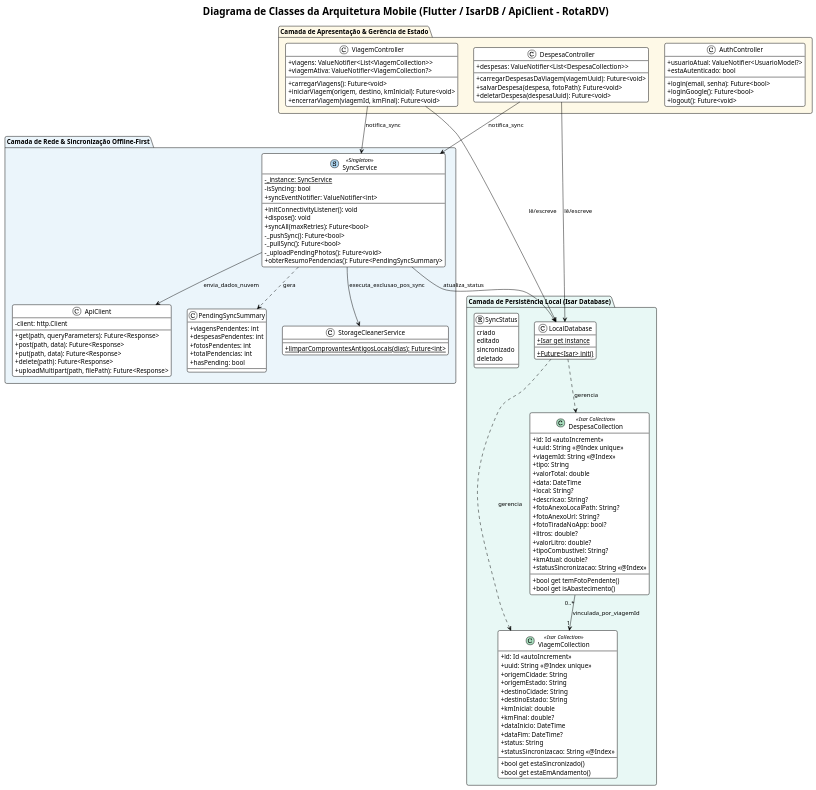
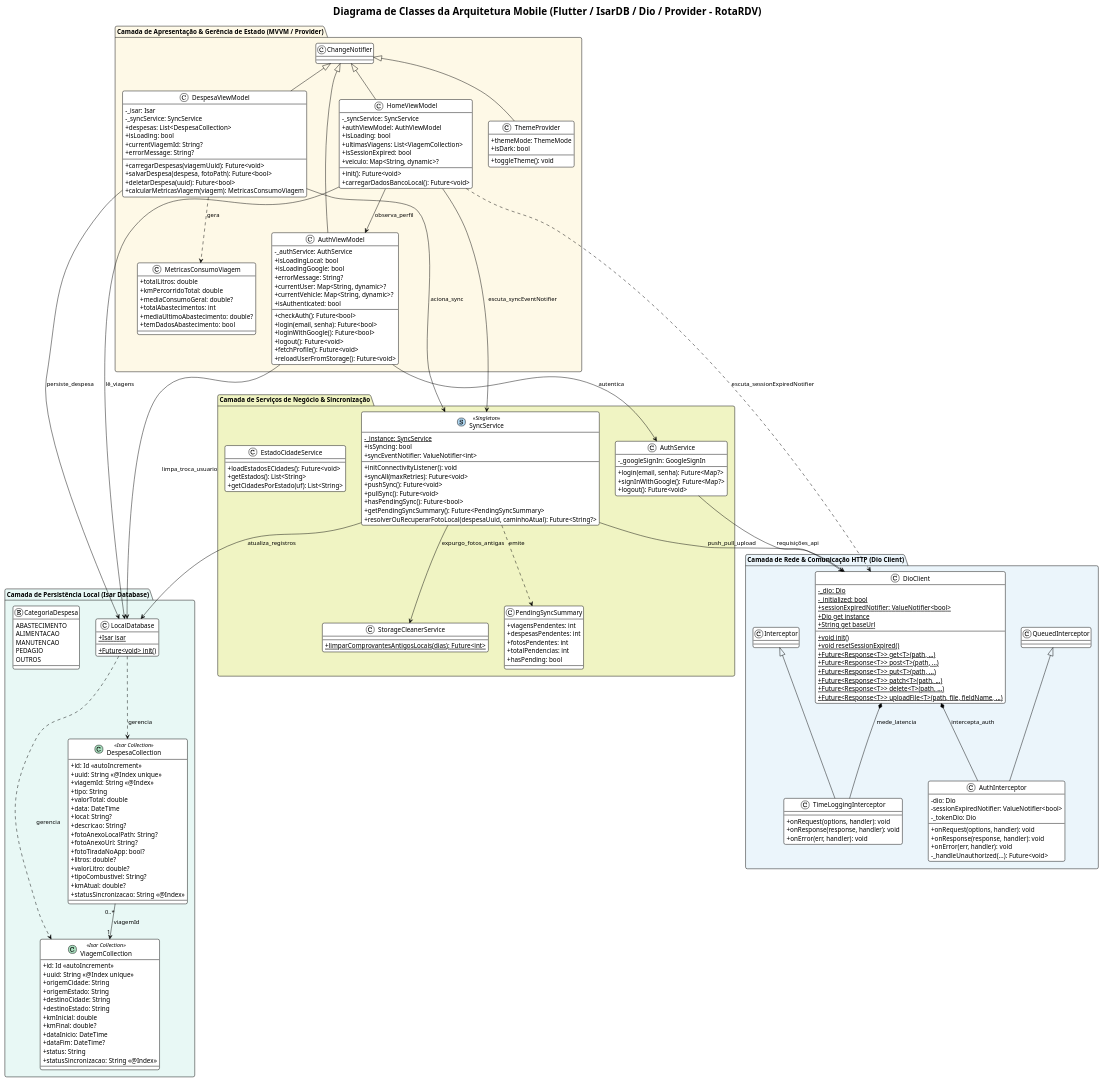
One commit to Luisdevux/RotaRDV-API changed the diagram in documentacao/diagramas/classe/diagrama_classes_mobile.puml. Above: the diagram before and after it, drawn with PlantUML. The commit also changed 12 other files, not shown here.

Commit message:
docs(Diagramas): Atualizando diagramas para incluir a arquitetura de conectividade do mobile Dio, que antes era http

```diff
--- a/documentacao/diagramas/classe/diagrama_classes_mobile.puml
+++ b/documentacao/diagramas/classe/diagrama_classes_mobile.puml
@@ -5,19 +5,20 @@
 skinparam roundCorner 8
 skinparam shadowing false
 
-title **Diagrama de Classes da Arquitetura Mobile (Flutter / IsarDB / ApiClient - RotaRDV)**
+title **Diagrama de Classes da Arquitetura Mobile (Flutter / IsarDB / Dio / Provider - RotaRDV)**
 
 package "Camada de Persistência Local (Isar Database)" #E8F8F5 {
   class LocalDatabase {
-    +{static} Future<Isar> init()
-    +{static} Isar get instance
+    +{static} Isar isar
+    +{static} Future<void> init()
   }
 
-  enum SyncStatus {
-    criado
-    editado
-    sincronizado
-    deletado
+  enum CategoriaDespesa {
+    ABASTECIMENTO
+    ALIMENTACAO
+    MANUTENCAO
+    PEDAGIO
+    OUTROS
   }
 
   class ViagemCollection <<(C,#A9DFBF) Isar Collection>> {
@@ -33,9 +34,6 @@
     +dataFim: DateTime?
     +status: String
     +statusSincronizacao: String <<@Index>>
-    --
-    +bool get estaSincronizado()
-    +bool get estaEmAndamento()
   }
 
   class DespesaCollection <<(C,#A9DFBF) Isar Collection>> {
@@ -55,34 +53,62 @@
     +tipoCombustivel: String?
     +kmAtual: double?
     +statusSincronizacao: String <<@Index>>
-    --
-    +bool get temFotoPendente()
-    +bool get isAbastecimento()
   }
 }
 
-package "Camada de Rede & Sincronização Offline-First" #EBF5FB {
-  class ApiClient {
-    -client: http.Client
-    +get(path, queryParameters): Future<Response>
-    +post(path, data): Future<Response>
-    +put(path, data): Future<Response>
-    +delete(path): Future<Response>
-    +uploadMultipart(path, filePath): Future<Response>
+package "Camada de Rede & Comunicação HTTP (Dio Client)" #EBF5FB {
+  class DioClient {
+    -{static} _dio: Dio
+    -{static} _initialized: bool
+    +{static} sessionExpiredNotifier: ValueNotifier<bool>
+    +{static} Dio get instance
+    +{static} String get baseUrl
+    +{static} void init()
+    +{static} void resetSessionExpired()
+    +{static} Future<Response<T>> get<T>(path, ...)
+    +{static} Future<Response<T>> post<T>(path, ...)
+    +{static} Future<Response<T>> put<T>(path, ...)
+    +{static} Future<Response<T>> patch<T>(path, ...)
+    +{static} Future<Response<T>> delete<T>(path, ...)
+    +{static} Future<Response<T>> uploadFile<T>(path, file, fieldName, ...)
+  }
+
+  class AuthInterceptor extends QueuedInterceptor {
+    -dio: Dio
+    -sessionExpiredNotifier: ValueNotifier<bool>
+    -_tokenDio: Dio
+    +onRequest(options, handler): void
+    +onResponse(response, handler): void
+    +onError(err, handler): void
+    -_handleUnauthorized(...): Future<void>
+  }
+
+  class TimeLoggingInterceptor extends Interceptor {
+    +onRequest(options, handler): void
+    +onResponse(response, handler): void
+    +onError(err, handler): void
+  }
+}
+
+package "Camada de Serviços de Negócio & Sincronização" #F0F4C3 {
+  class AuthService {
+    -_googleSignIn: GoogleSignIn
+    +login(email, senha): Future<Map?>
+    +signInWithGoogle(): Future<Map?>
+    +logout(): Future<void>
   }
 
   class SyncService <<(S,#AED6F1) Singleton>> {
     -{static} _instance: SyncService
-    -isSyncing: bool
+    +isSyncing: bool
     +syncEventNotifier: ValueNotifier<int>
-    --
     +initConnectivityListener(): void
-    +dispose(): void
-    +syncAll(maxRetries): Future<bool>
-    -_pushSync(): Future<bool>
-    -_pullSync(): Future<bool>
-    -_uploadPendingPhotos(): Future<void>
-    +obterResumoPendencias(): Future<PendingSyncSummary>
+    +syncAll(maxRetries): Future<void>
+    +pushSync(): Future<void>
+    +pullSync(): Future<void>
+    +hasPendingSync(): Future<bool>
+    +getPendingSyncSummary(): Future<PendingSyncSummary>
+    +resolverOuRecuperarFotoLocal(despesaUuid, caminhoAtual): Future<String?>
   }
 
   class PendingSyncSummary {
@@ -96,47 +122,95 @@
   class StorageCleanerService {
     +{static} limparComprovantesAntigosLocais(dias): Future<int>
   }
+
+  class EstadoCidadeService {
+    +loadEstadosECidades(): Future<void>
+    +getEstados(): List<String>
+    +getCidadesPorEstado(uf): List<String>
+  }
 }
 
-package "Camada de Apresentação & Gerência de Estado" #FEF9E7 {
-  class AuthController {
-    +usuarioAtual: ValueNotifier<UsuarioModel?>
-    +estaAutenticado: bool
+package "Camada de Apresentação & Gerência de Estado (MVVM / Provider)" #FEF9E7 {
+  class AuthViewModel extends ChangeNotifier {
+    -_authService: AuthService
+    +isLoadingLocal: bool
+    +isLoadingGoogle: bool
+    +errorMessage: String?
+    +currentUser: Map<String, dynamic>?
+    +currentVehicle: Map<String, dynamic>?
+    +isAuthenticated: bool
+    +checkAuth(): Future<bool>
     +login(email, senha): Future<bool>
-    +loginGoogle(): Future<bool>
+    +loginWithGoogle(): Future<bool>
     +logout(): Future<void>
+    +fetchProfile(): Future<void>
+    +reloadUserFromStorage(): Future<void>
   }
 
-  class ViagemController {
-    +viagens: ValueNotifier<List<ViagemCollection>>
-    +viagemAtiva: ValueNotifier<ViagemCollection?>
-    +carregarViagens(): Future<void>
-    +iniciarViagem(origem, destino, kmInicial): Future<void>
-    +encerrarViagem(viagemId, kmFinal): Future<void>
+  class HomeViewModel extends ChangeNotifier {
+    -_syncService: SyncService
+    +authViewModel: AuthViewModel
+    +isLoading: bool
+    +ultimasViagens: List<ViagemCollection>
+    +isSessionExpired: bool
+    +veiculo: Map<String, dynamic>?
+    +init(): Future<void>
+    +carregarDadosBancoLocal(): Future<void>
   }
 
-  class DespesaController {
-    +despesas: ValueNotifier<List<DespesaCollection>>
-    +carregarDespesasDaViagem(viagemUuid): Future<void>
-    +salvarDespesa(despesa, fotoPath): Future<void>
-    +deletarDespesa(despesaUuid): Future<void>
+  class DespesaViewModel extends ChangeNotifier {
+    -_isar: Isar
+    -_syncService: SyncService
+    +despesas: List<DespesaCollection>
+    +isLoading: bool
+    +currentViagemId: String?
+    +errorMessage: String?
+    +carregarDespesas(viagemUuid): Future<void>
+    +salvarDespesa(despesa, fotoPath): Future<bool>
+    +deletarDespesa(uuid): Future<bool>
+    +calcularMetricasViagem(viagem): MetricasConsumoViagem
+  }
+
+  class MetricasConsumoViagem {
+    +totalLitros: double
+    +kmPercorridoTotal: double
+    +mediaConsumoGeral: double?
+    +totalAbastecimentos: int
+    +mediaUltimoAbastecimento: double?
+    +temDadosAbastecimento: bool
+  }
+
+  class ThemeProvider extends ChangeNotifier {
+    +themeMode: ThemeMode
+    +isDark: bool
+    +toggleTheme(): void
   }
 }
 
 ' Relacionamentos
 LocalDatabase ..> ViagemCollection : gerencia
 LocalDatabase ..> DespesaCollection : gerencia
+DespesaCollection "0..*" --> "1" ViagemCollection : viagemId
 
-ViagemController --> LocalDatabase : lê/escreve
-ViagemController --> SyncService : notifica_sync
-DespesaController --> LocalDatabase : lê/escreve
-DespesaController --> SyncService : notifica_sync
+DioClient *-- AuthInterceptor : intercepta_auth
+DioClient *-- TimeLoggingInterceptor : mede_latencia
 
-SyncService --> ApiClient : envia_dados_nuvem
-SyncService --> LocalDatabase : atualiza_status
-SyncService --> StorageCleanerService : executa_exclusao_pos_sync
-SyncService ..> PendingSyncSummary : gera
+AuthService --> DioClient : requisições_api
+AuthViewModel --> AuthService : autentica
+AuthViewModel --> LocalDatabase : limpa_troca_usuario
 
-DespesaCollection "0..*" --> "1" ViagemCollection : vinculada_por_viagemId
+HomeViewModel --> AuthViewModel : observa_perfil
+HomeViewModel --> LocalDatabase : lê_viagens
+HomeViewModel --> SyncService : escuta_syncEventNotifier
+HomeViewModel ..> DioClient : escuta_sessionExpiredNotifier
+
+DespesaViewModel --> LocalDatabase : persiste_despesa
+DespesaViewModel --> SyncService : aciona_sync
+DespesaViewModel ..> MetricasConsumoViagem : gera
+
+SyncService --> DioClient : push_pull_upload
+SyncService --> LocalDatabase : atualiza_registros
+SyncService --> StorageCleanerService : expurgo_fotos_antigas
+SyncService ..> PendingSyncSummary : emite
 
 @enduml
```
